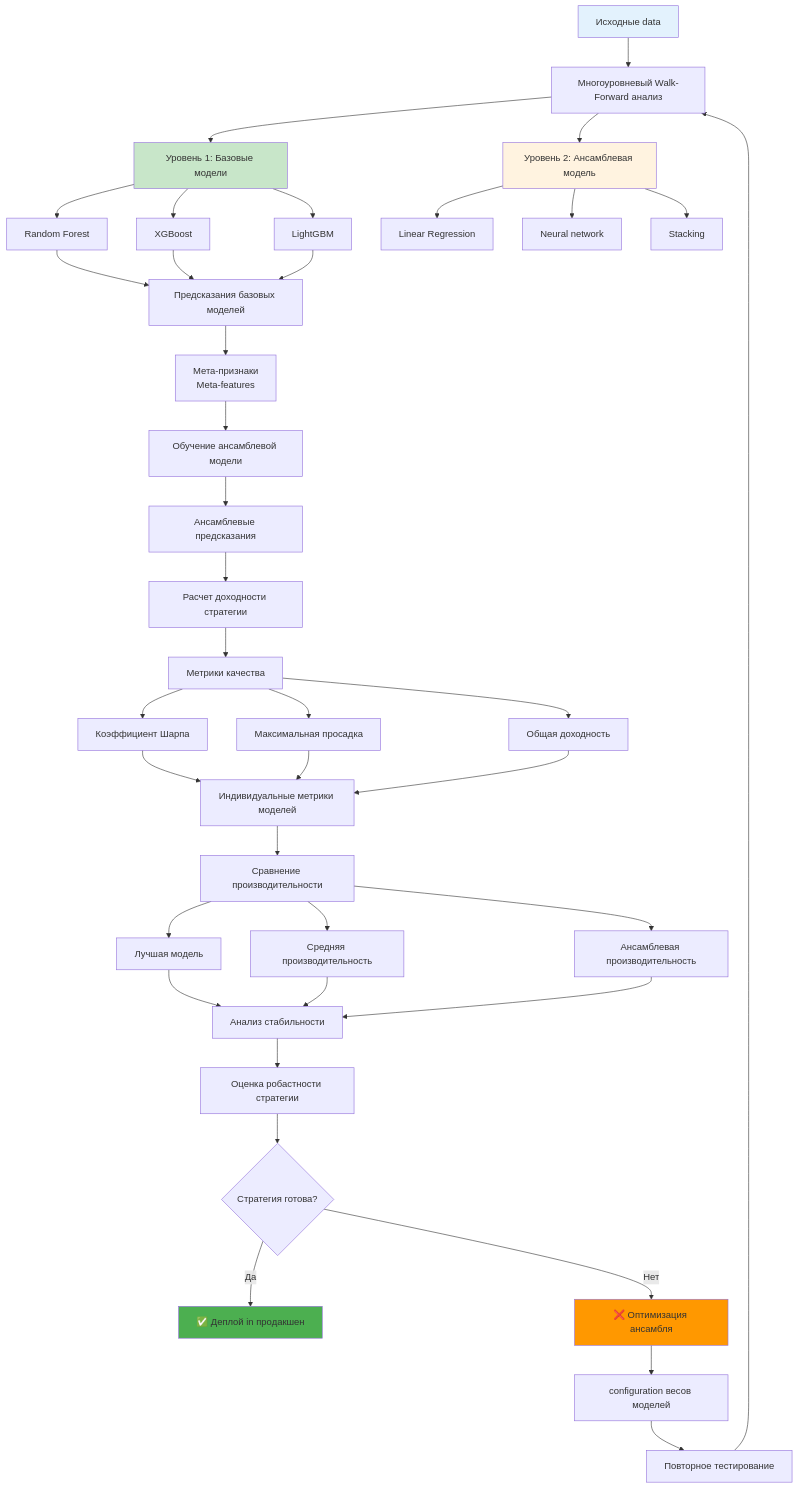
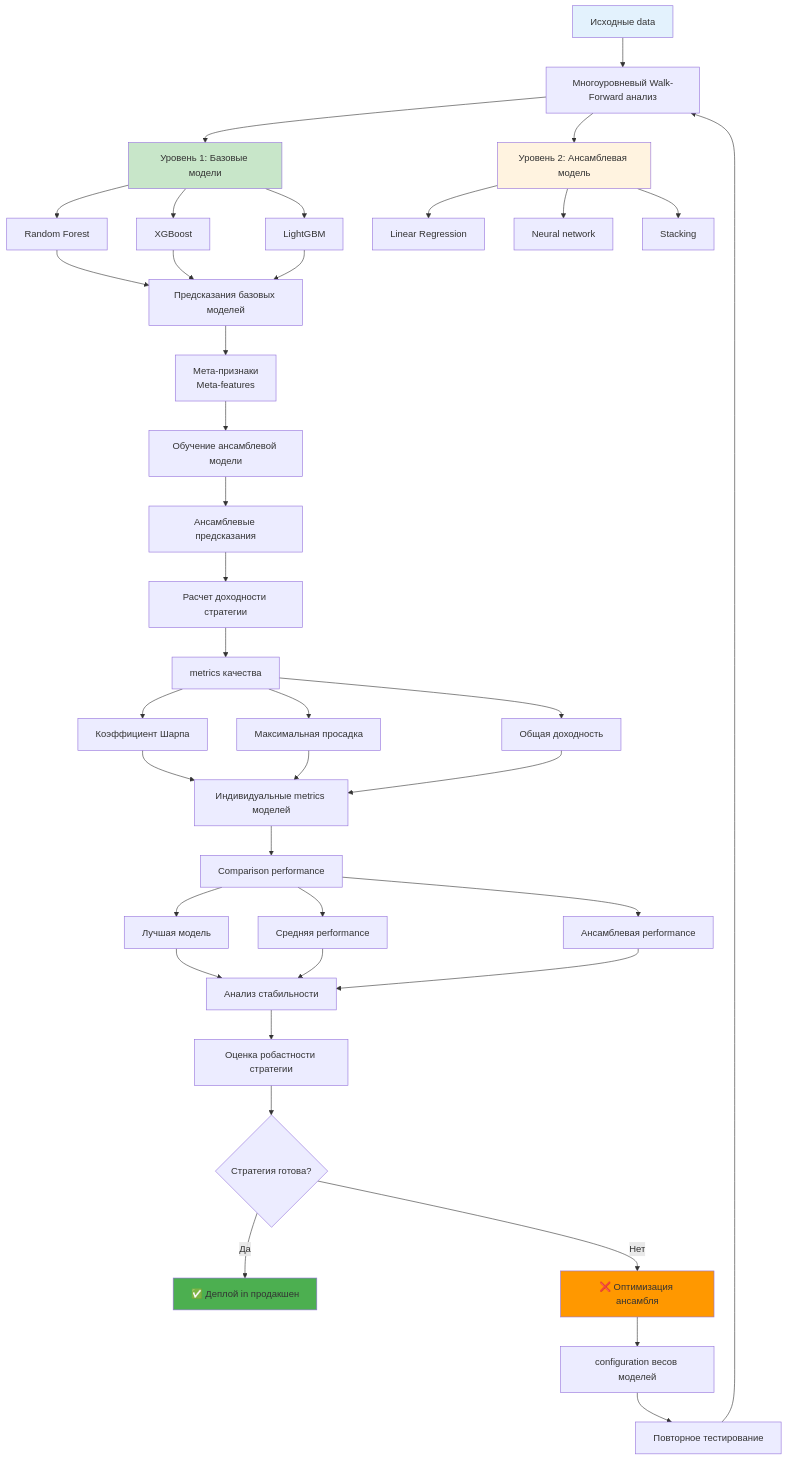
One commit to NeoZorK/neozork-hld-prediction changed the fifth of 8 diagrams in docs/automl/gluon/30_walk_forward_analysis.md. Above: the diagram before and after it, drawn with Mermaid. The commit also changed other lines of this file and 88 other files, not shown here.

````diff
--- a/docs/automl/gluon/30_walk_forward_analysis.md
+++ b/docs/automl/gluon/30_walk_forward_analysis.md
@@ -822,57 +822,57 @@
 ```mermaid
 graph TD
 A[Исходные data] --> B[Многоуровневый Walk-Forward анализ]
 
 B --> C[Уровень 1: Базовые модели]
  C --> D[Random Forest]
  C --> E[XGBoost]
  C --> F[LightGBM]
 
 B --> G[Уровень 2: Ансамблевая модель]
  G --> H[Linear Regression]
  G --> I[Neural network]
  G --> J[Stacking]
 
 D --> K[Предсказания базовых моделей]
  E --> K
  F --> K
 
 K --> L[Мета-признаки<br/>Meta-features]
 L --> M[Обучение ансамблевой модели]
 
 M --> N[Ансамблевые предсказания]
 N --> O[Расчет доходности стратегии]
 
-O --> P[Метрики качества]
+O --> P[metrics качества]
 P --> Q[Коэффициент Шарпа]
 P --> R[Максимальная просадка]
 P --> S[Общая доходность]
 
-Q --> T[Индивидуальные метрики моделей]
+Q --> T[Индивидуальные metrics моделей]
  R --> T
  S --> T
 
-T --> U[Сравнение производительности]
+T --> U[Comparison performance]
 U --> V[Лучшая модель]
-U --> W[Средняя производительность]
-U --> X[Ансамблевая производительность]
+U --> W[Средняя performance]
+U --> X[Ансамблевая performance]
 
 V --> Y[Анализ стабильности]
  W --> Y
  X --> Y
 
 Y --> Z[Оценка робастности стратегии]
 Z --> AA{Стратегия готова?}
 AA -->|Да| BB[✅ Деплой in продакшен]
 AA -->|Нет| CC[❌ Оптимизация ансамбля]
 
 CC --> DD[configuration весов моделей]
 DD --> EE[Повторное тестирование]
  EE --> B
 
  style A fill:#e3f2fd
  style C fill:#c8e6c9
  style G fill:#fff3e0
  style BB fill:#4caf50
  style CC fill:#ff9800
 ```
````
